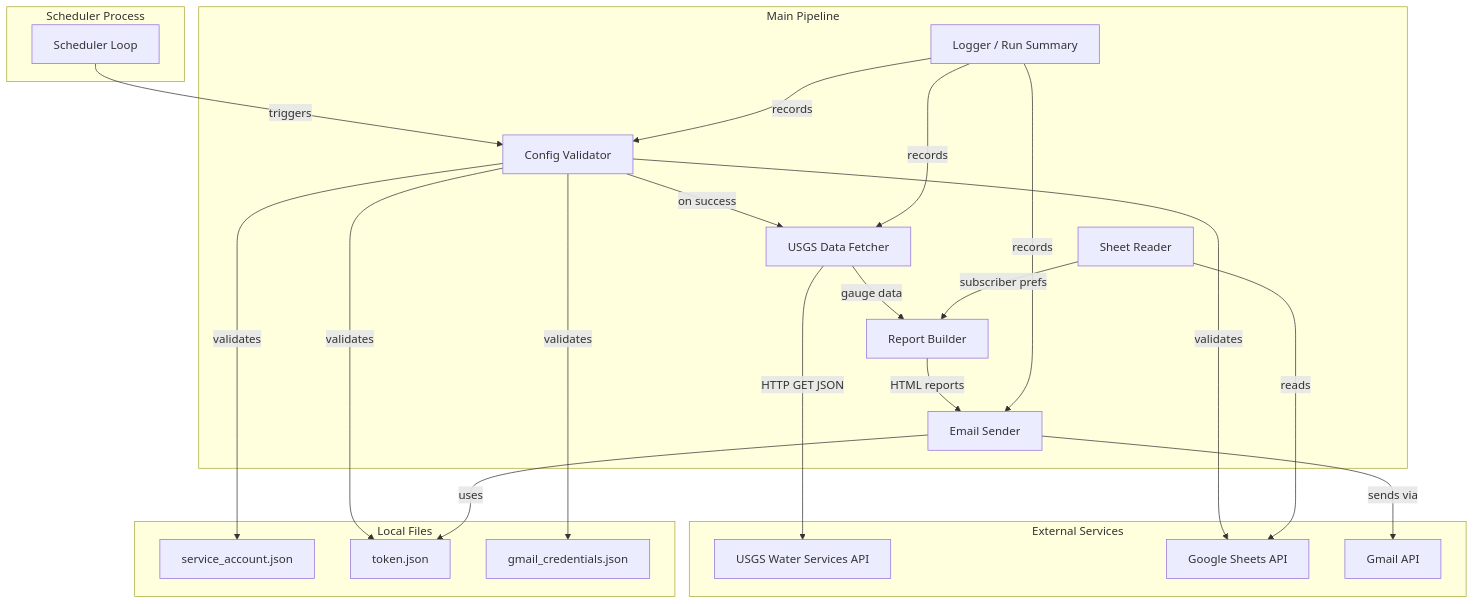
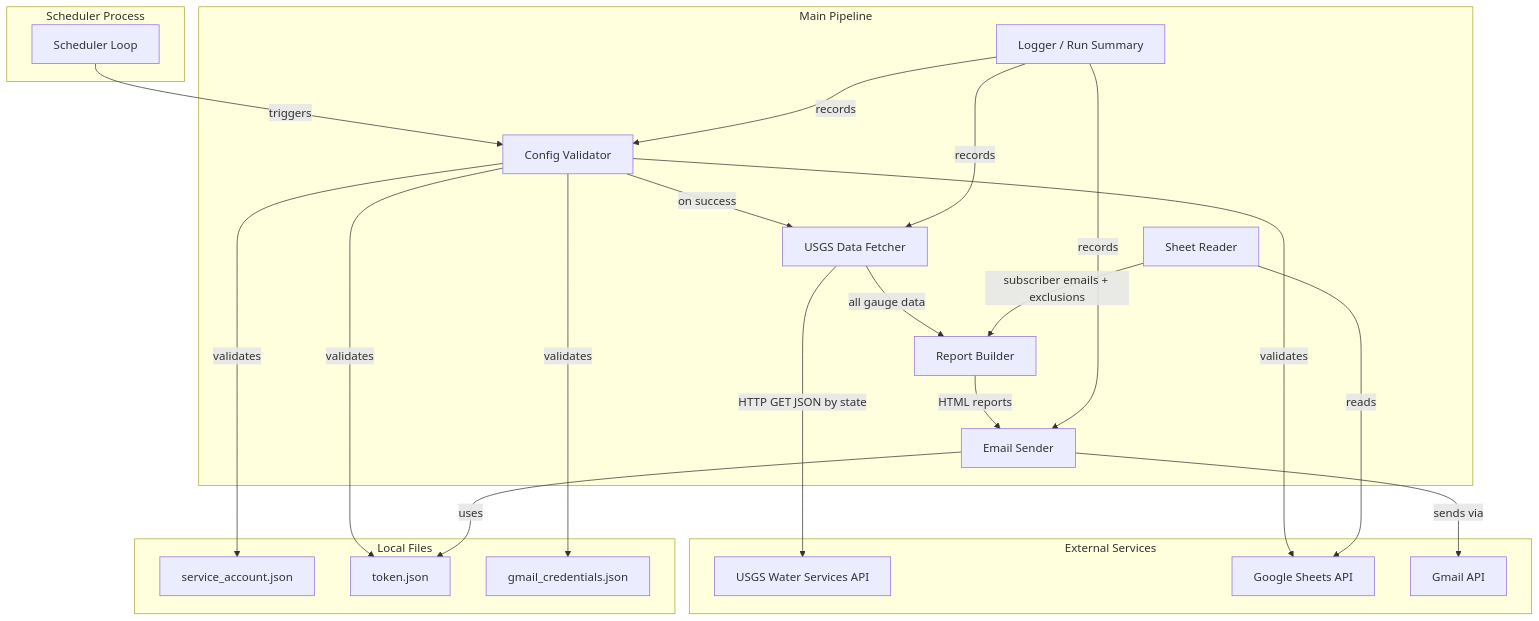
One commit to patrick-fortunato/river-level-notification-system changed the first of 2 diagrams in .kiro/specs/river-level-notification-system/design.md. Above: the diagram before and after it, drawn with Mermaid. The commit also changed other lines of this file and 37 other files, not shown here.

````diff
--- a/.kiro/specs/river-level-notification-system/design.md
+++ b/.kiro/specs/river-level-notification-system/design.md
@@ -28,44 +29,44 @@
 ```mermaid
 graph TD
     subgraph "Scheduler Process"
         SCH[Scheduler Loop]
     end
 
     subgraph "Main Pipeline"
         VAL[Config Validator]
         USGS[USGS Data Fetcher]
         SHEET[Sheet Reader]
         BUILD[Report Builder]
         SEND[Email Sender]
         LOG[Logger / Run Summary]
     end
 
     subgraph "External Services"
         USGS_API[USGS Water Services API]
         GSHEET[Google Sheets API]
         GMAIL[Gmail API]
     end
 
     subgraph "Local Files"
         SA[service_account.json]
         TOKEN[token.json]
         CLIENT[gmail_credentials.json]
     end
 
     SCH -->|triggers| VAL
     VAL -->|validates| SA
     VAL -->|validates| TOKEN
     VAL -->|validates| CLIENT
     VAL -->|validates| GSHEET
     VAL -->|on success| USGS
-    USGS -->|HTTP GET JSON| USGS_API
-    USGS -->|gauge data| BUILD
-    SHEET -->|subscriber prefs| BUILD
+    USGS -->|HTTP GET JSON by state| USGS_API
+    USGS -->|all gauge data| BUILD
+    SHEET -->|subscriber emails + exclusions| BUILD
     SHEET -->|reads| GSHEET
     BUILD -->|HTML reports| SEND
     SEND -->|sends via| GMAIL
     SEND -->|uses| TOKEN
     LOG -->|records| VAL
     LOG -->|records| USGS
     LOG -->|records| SEND
 ```
````
